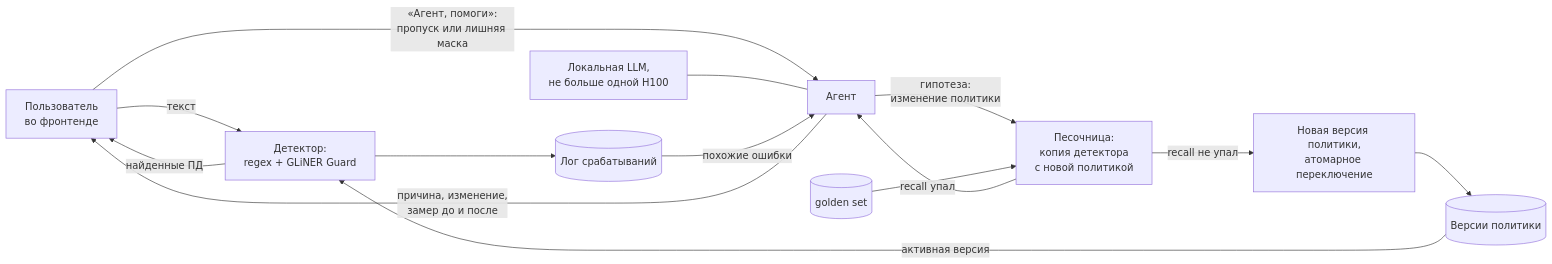
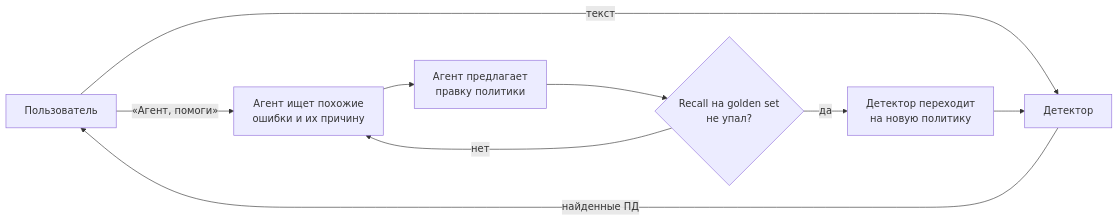
Before and after one commit to Bolshoipudel/MLSD_PII_AGENT: the first of 3 diagrams in docs/ml_system_design_doc.md, drawn with Mermaid. The commit also changed other lines of this file, not shown here.

Commit message:
upd schemas

````diff
--- a/docs/ml_system_design_doc.md
+++ b/docs/ml_system_design_doc.md
@@ -178,16 +178,11 @@
 ```mermaid
 flowchart LR
-    U["Пользователь<br/>во фронтенде"] -->|"текст"| DET["Детектор:<br/>regex + GLiNER Guard"]
-    PS[("Версии политики")] -->|"активная версия"| DET
-    DET -->|"найденные ПД"| U
-    DET --> LOG[("Лог срабатываний")]
-    U -->|"«Агент, помоги»:<br/>пропуск или лишняя маска"| AG["Агент"]
-    LLM["Локальная LLM,<br/>не больше одной H100"] --- AG
-    LOG -->|"похожие ошибки"| AG
-    AG -->|"гипотеза:<br/>изменение политики"| SB["Песочница:<br/>копия детектора<br/>с новой политикой"]
-    GS[("golden set")] --> SB
-    SB -->|"recall не упал"| NEW["Новая версия политики,<br/>атомарное переключение"]
-    SB -->|"recall упал"| AG
-    NEW --> PS
-    AG -->|"причина, изменение,<br/>замер до и после"| U
+    U["Пользователь"] -->|"текст"| D["Детектор"]
+    D -->|"найденные ПД"| U
+    U -->|"«Агент, помоги»"| C["Агент ищет похожие<br/>ошибки и их причину"]
+    C --> P["Агент предлагает<br/>правку политики"]
+    P --> G{"Recall на golden set<br/>не упал?"}
+    G -->|"да"| N["Детектор переходит<br/>на новую политику"]
+    G -->|"нет"| C
+    N --> D
 ```
````
